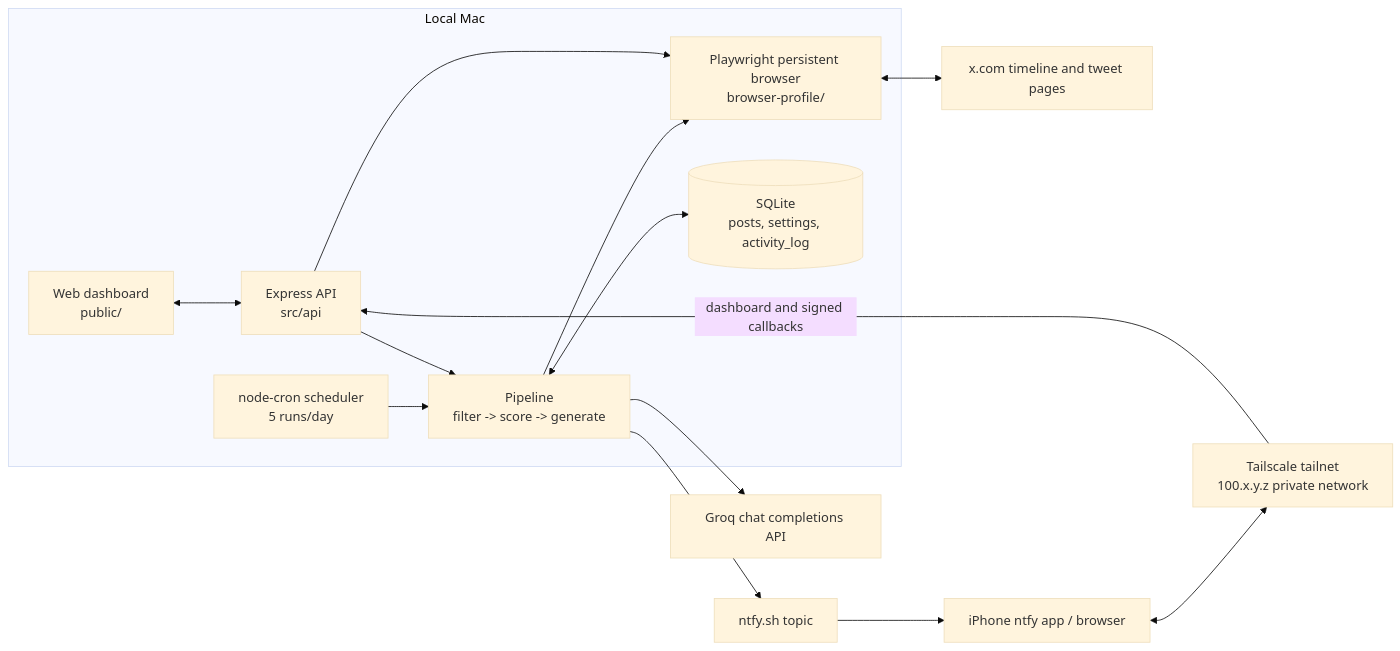
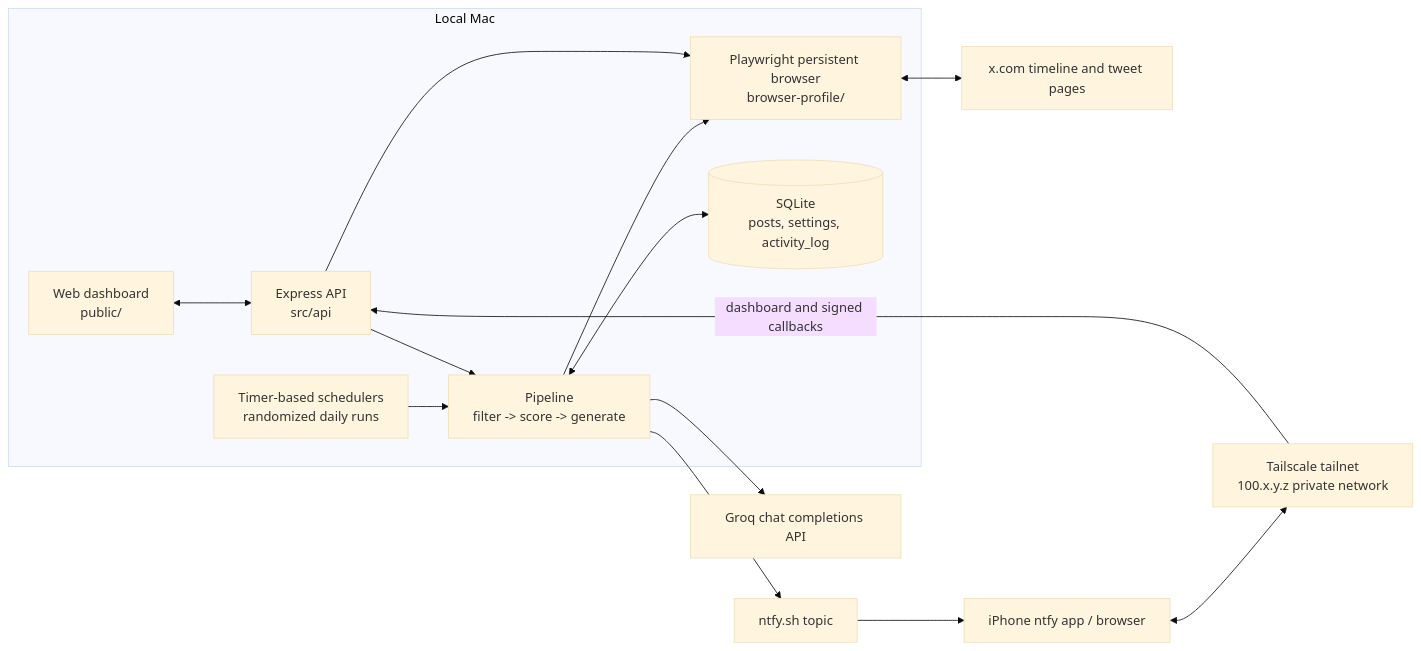
One commit to MaxRecursion/Xposter changed the diagram in docs/diagrams/system-architecture.mmd. Above: the diagram before and after it, drawn with Mermaid (base theme). The commit also changed 12 other files, not shown here.

```diff
--- a/docs/diagrams/system-architecture.mmd
+++ b/docs/diagrams/system-architecture.mmd
@@ -1,28 +1,28 @@
 flowchart LR
   subgraph "Local Mac"
     Dashboard["Web dashboard\npublic/"]
     API["Express API\nsrc/api"]
-    Scheduler["node-cron scheduler\n5 runs/day"]
+    Scheduler["Timer-based schedulers\nrandomized daily runs"]
     Pipeline["Pipeline\nfilter -> score -> generate"]
     Browser["Playwright persistent browser\nbrowser-profile/"]
     DB[("SQLite\nposts, settings, activity_log")]
   end
 
   X["x.com timeline and tweet pages"]
   Groq["Groq chat completions API"]
   Ntfy["ntfy.sh topic"]
   Tailnet["Tailscale tailnet\n100.x.y.z private network"]
   Phone["iPhone ntfy app / browser"]
 
   Dashboard <--> API
   Scheduler --> Pipeline
   API --> Pipeline
   Pipeline --> Browser
   Browser <--> X
   Pipeline --> Groq
   Pipeline <--> DB
   Pipeline --> Ntfy
   Ntfy --> Phone
   Phone <--> Tailnet
   Tailnet -->|"dashboard and signed callbacks"| API
   API --> Browser
```
